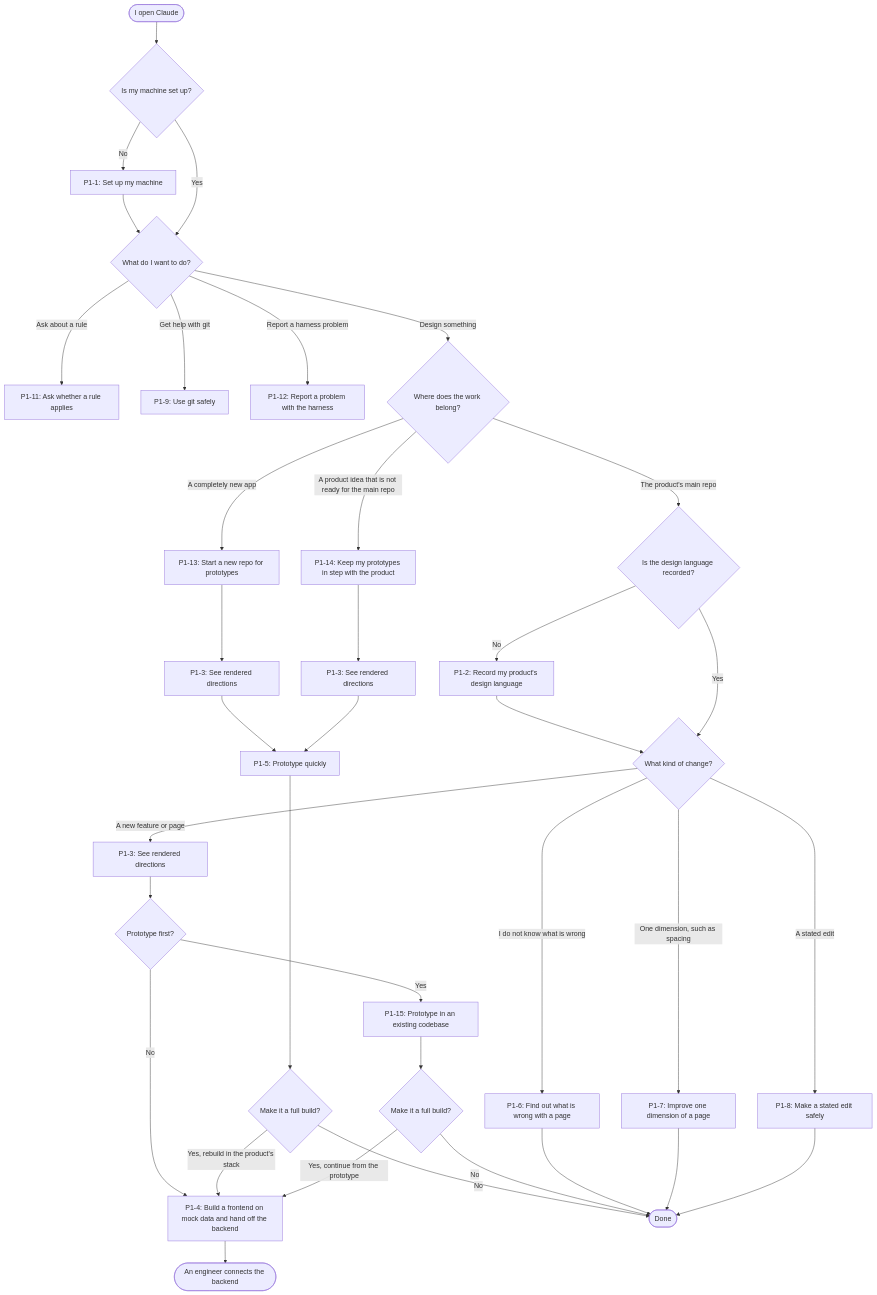
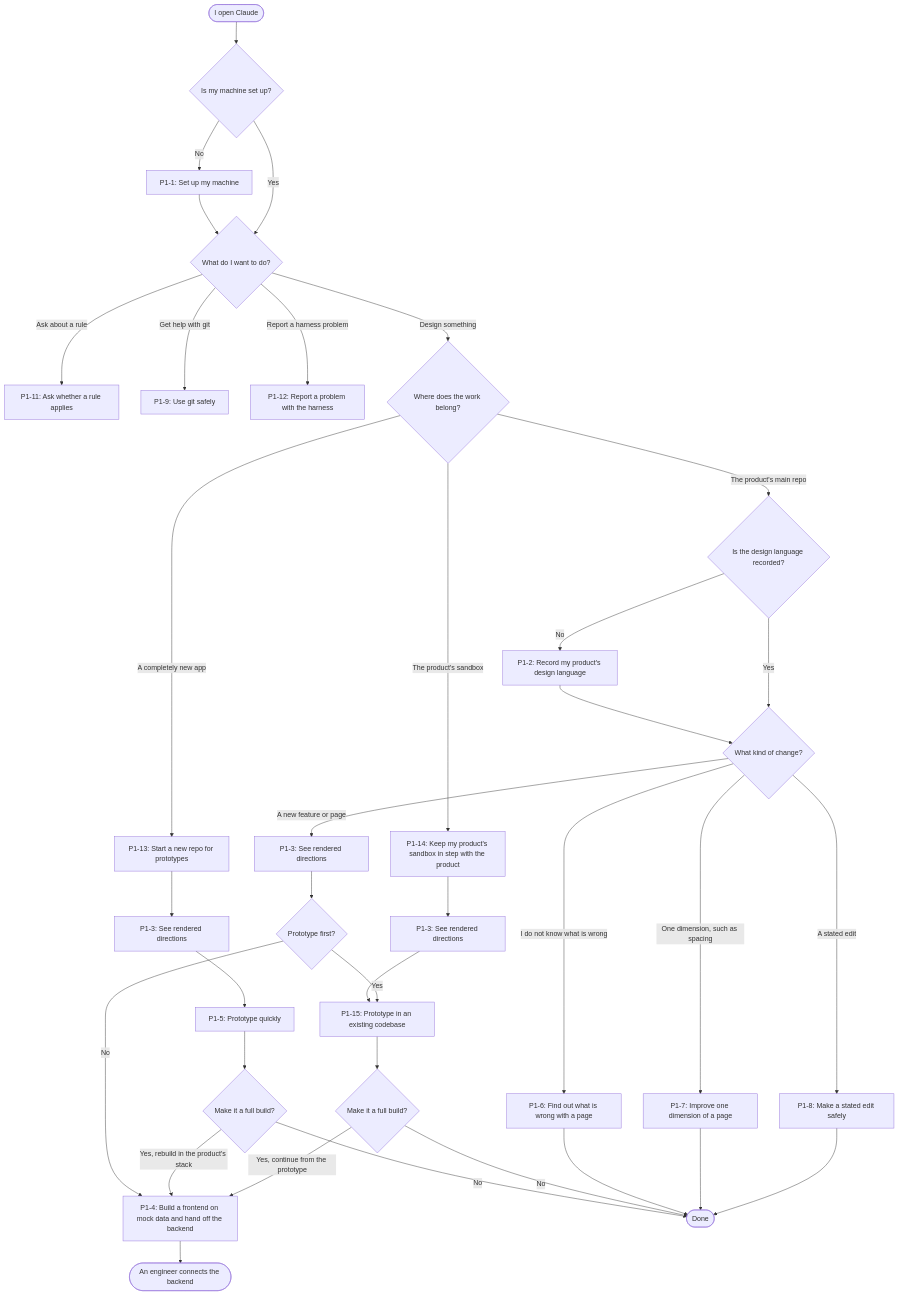
Before and after one commit to transformteamsg/dx-harness: the diagram in docs/specs/2026-10-05-design-revamp/stories/p1-designer.md, drawn with Mermaid. The commit also changed other lines of this file, not shown here.

First line of the commit message:
docs(`specs`): keep a product's sandbox in step by a check and a one-way sync in P1-14

````diff
--- a/docs/specs/2026-10-05-design-revamp/stories/p1-designer.md
+++ b/docs/specs/2026-10-05-design-revamp/stories/p1-designer.md
@@ -31,39 +31,39 @@
 ```mermaid
 flowchart TD
     start([I open Claude]) --> setup{Is my machine set up?}
     setup -- No --> P1_1["P1-1: Set up my machine"] --> want
     setup -- Yes --> want{What do I want to do?}
 
     want -- Ask about a rule --> P1_11["P1-11: Ask whether a rule applies"]
     want -- Get help with git --> P1_9["P1-9: Use git safely"]
     want -- Report a harness problem --> P1_12["P1-12: Report a problem with the harness"]
     want -- Design something --> repo{Where does the work belong?}
 
     repo -- A completely new app --> P1_13["P1-13: Start a new repo for prototypes"]
-    repo -- A product idea that is not ready for the main repo --> P1_14["P1-14: Keep my prototypes in step with the product"]
+    repo -- "The product's sandbox" --> P1_14["P1-14: Keep my product's sandbox in step with the product"]
     repo -- The product's main repo --> lang{Is the design language recorded?}
 
     P1_13 --> dirA["P1-3: See rendered directions"] --> P1_5["P1-5: Prototype quickly"]
-    P1_14 --> dirB["P1-3: See rendered directions"] --> P1_5
+    P1_14 --> dirB["P1-3: See rendered directions"] --> P1_15
 
     lang -- No --> P1_2["P1-2: Record my product's design language"] --> change
     lang -- Yes --> change{What kind of change?}
     change -- A stated edit --> P1_8["P1-8: Make a stated edit safely"]
     change -- I do not know what is wrong --> P1_6["P1-6: Find out what is wrong with a page"]
     change -- "One dimension, such as spacing" --> P1_7["P1-7: Improve one dimension of a page"]
     change -- A new feature or page --> dirC["P1-3: See rendered directions"] --> proto{Prototype first?}
     proto -- Yes --> P1_15["P1-15: Prototype in an existing codebase"]
     proto -- No --> P1_4["P1-4: Build a frontend on mock data and hand off the backend"]
 
     P1_5 --> full5{Make it a full build?}
     full5 -- "Yes, rebuild in the product's stack" --> P1_4
     P1_15 --> full15{Make it a full build?}
     full15 -- "Yes, continue from the prototype" --> P1_4
 
     P1_4 --> handoff([An engineer connects the backend])
     full5 -- No --> done([Done])
     full15 -- No --> done
     P1_6 --> done
     P1_7 --> done
     P1_8 --> done
 ```
````
